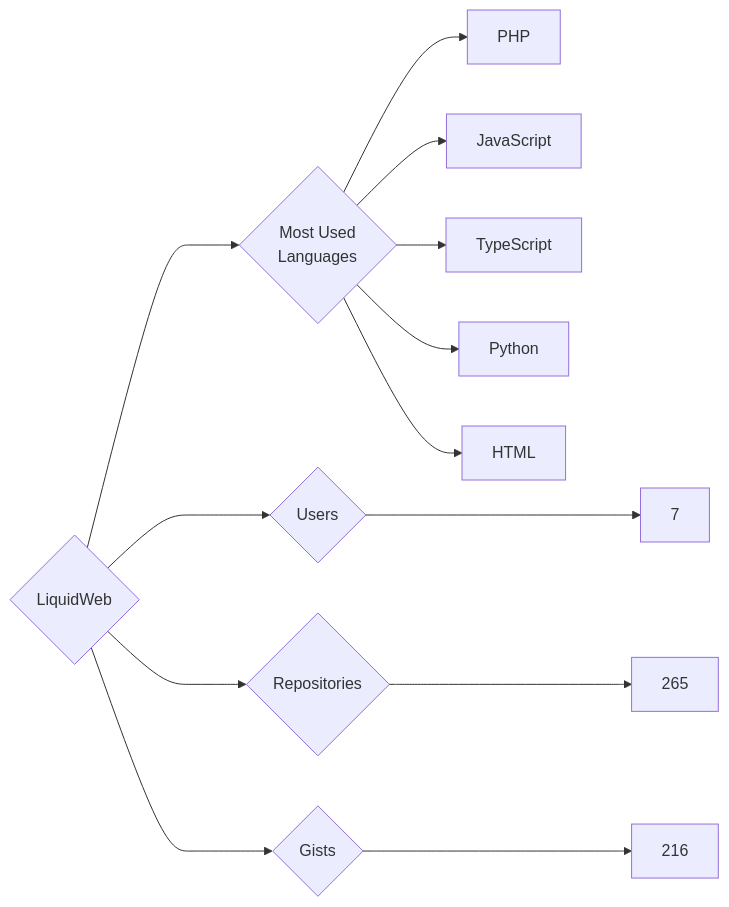
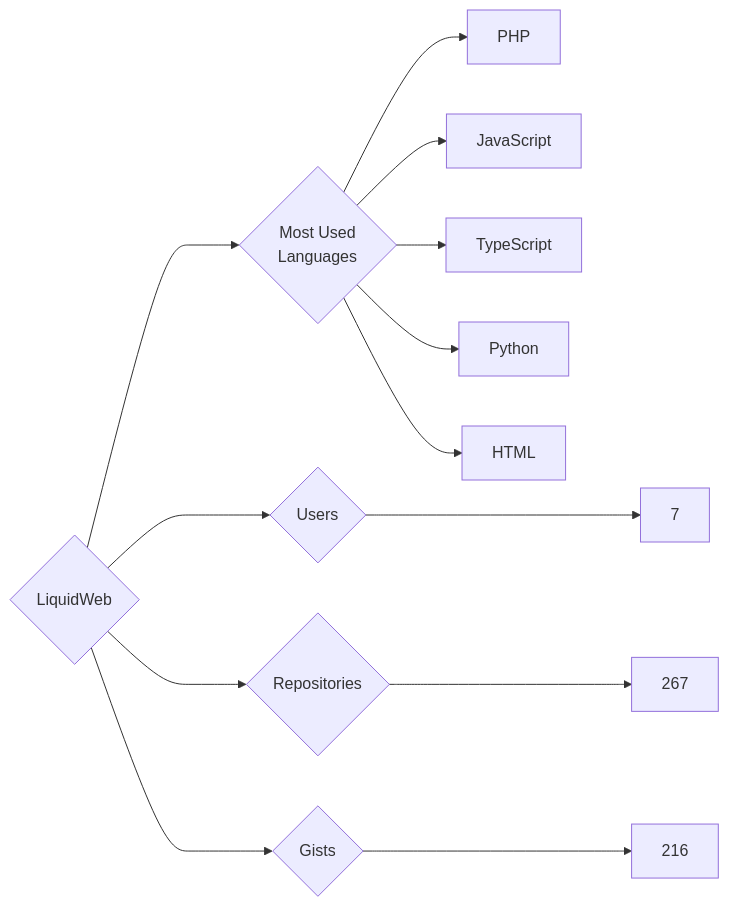
One commit to trickest/insiders changed the diagram in targets/LiquidWeb/README.md. Above: the diagram before and after it, drawn with Mermaid. The commit also changed 814 other files, not shown here.

````diff
--- a/targets/LiquidWeb/README.md
+++ b/targets/LiquidWeb/README.md
@@ -3,13 +3,13 @@
 ```mermaid
 graph LR
 COMPANY_NAME{LiquidWeb}
 COMPANY_NAME ---> U{Users} ---> UN[7]
-COMPANY_NAME ---> R{Repositories} ---> RN[265]
+COMPANY_NAME ---> R{Repositories} ---> RN[267]
 COMPANY_NAME ---> G{Gists} ---> GN[216]
 COMPANY_NAME ---> ML{Most Used<br>Languages}
 ML --> PHP[PHP]
 ML --> JavaScript[JavaScript]
 ML --> TypeScript[TypeScript]
 ML --> Python[Python]
 ML --> HTML[HTML]
 ```
````
